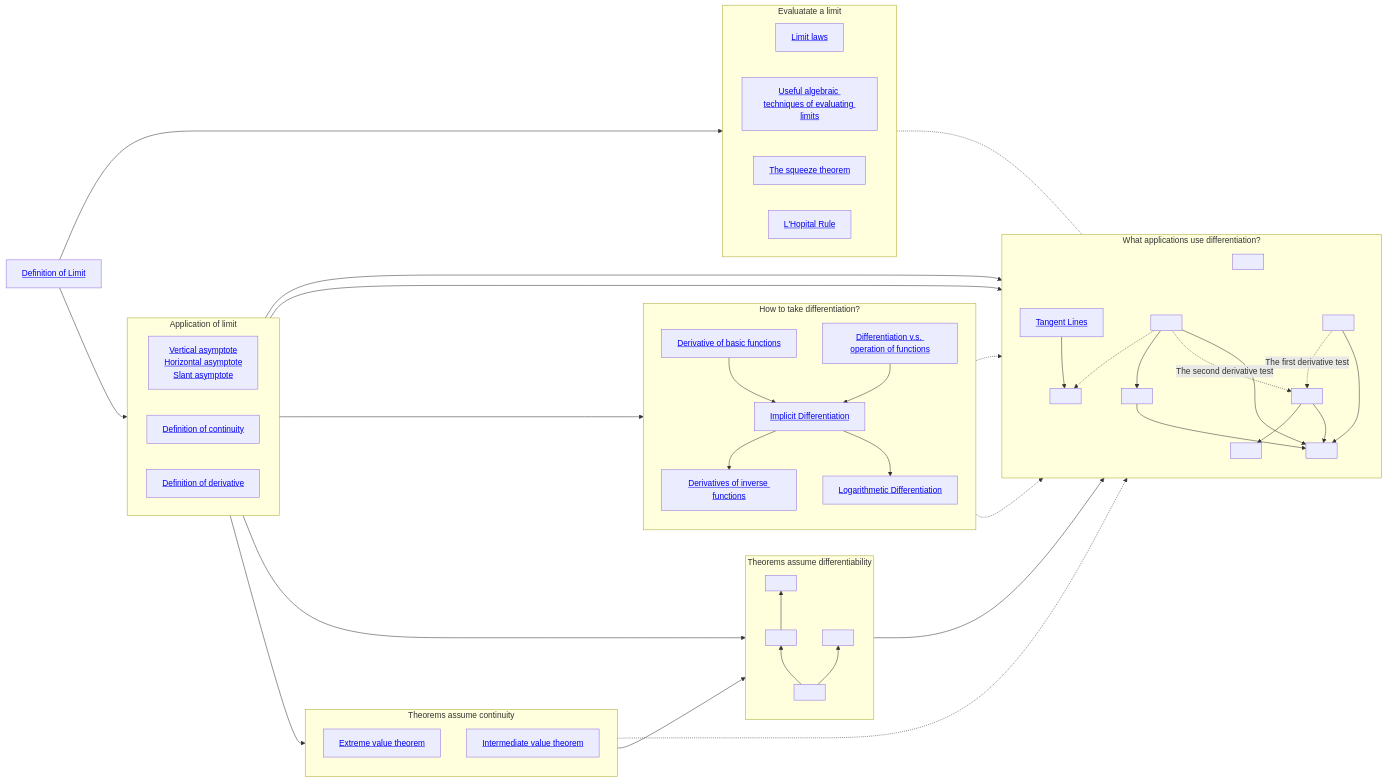
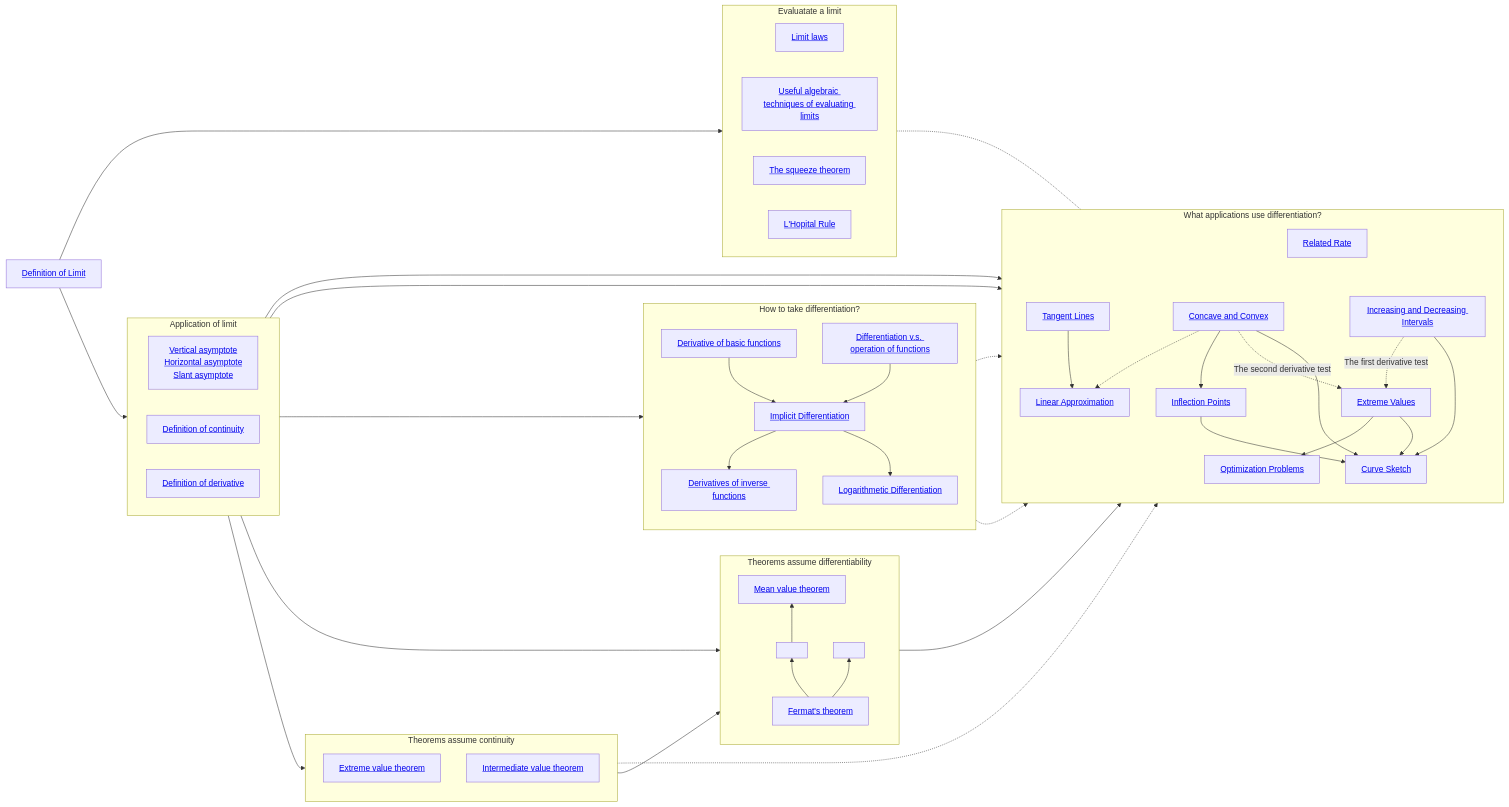
The diagram in _posts/2023-10-19-Calculus-1-overview.md (junwenwaynepeng/junwenwaynepeng.github.io), drawn with Mermaid before and after one commit.

```diff
--- a/_posts/2023-10-19-Calculus-1-overview.md
+++ b/_posts/2023-10-19-Calculus-1-overview.md
@@ -29,19 +29,19 @@
     ImplicitDiff[<a href='../books/calculus/3-1-how-to-do-derivatives#implicit-differentiation'>Implicit Differentiation</a>];
     DiffInverse[<a href='../books/calculus/3-1-how-to-do-derivatives#derivatives-of-inverse-functions'>Derivatives of inverse functions</a>];
     LogDiff[<a href='../books/calculus/3-1-how-to-do-derivatives#logarithmetic-differentiation'>Logarithmetic Differentiation</a>];
-    Fermat[<a href='../books/calculus/3-2-theorems-assuming-differentiability#fermats-theorem>Fermat's theorem</a>];
+    Fermat[<a href='../books/calculus/3-2-theorems-assuming-differentiability#fermats-theorem'>Fermat's theorem</a>];
     Roll[<a href='../books/calculus/3-2-theorems-assuming-differentiability#rolls-theorem>Roll's theorem</a>];
-    MVT[<a href='../books/calculus/3-2-theorems-assuming-differentiability#the-mean-value-theorem>Mean value theorem</a>];
+    MVT[<a href='../books/calculus/3-2-theorems-assuming-differentiability#the-mean-value-theorem'>Mean value theorem</a>];
     CriticalPt[<a href='../books/calculus/3-2-theorems-assuming-differentiability#critical-points>Critical points</a>];
     TangentLine[<a href='../books/calculus/3-3-application-of-differentiation#tangent-lines'>Tangent Lines</a>];
-    LinearApprox[<a href='../books/calculus/3-3-application-of-differentiation#linear-approximation>Linear Approximation</a>];
-    RelatedRate[<a href='../books/calculus/3-3-application-of-differentiation#related-rate>Related Rate</a>];
-    CurveSketch[<a href='../books/calculus/3-3-application-of-differentiation#curve-sketch>Curve Sketch</a>];
-    ExtremeValue[<a href='../books/calculus/3-3-application-of-differentiation#extreme-values>Extreme Values</a>];
-    InflectionPt[<a href='../books/calculus/3-3-application-of-differentiation#inflection-points>Inflection Points</a>];
-    Increasing[<a href='../books/calculus/3-3-application-of-differentiation#increasing-and-decreasing-intervals>Increasing and Decreasing Intervals</a>];
-    Concavity[<a href='../books/calculus/3-3-application-of-differentiation#concavity>Concave and Convex</a>];
-    OptimizationProblem[<a href='../books/calculus/3-3-application-of-differentiation#optimization-problem>Optimization Problem</a>];
+    LinearApprox[<a href='../books/calculus/3-3-application-of-differentiation#linear-approximation'>Linear Approximation</a>];
+    RelatedRate[<a href='../books/calculus/3-3-application-of-differentiation#related-rate'>Related Rate</a>];
+    CurveSketch[<a href='../books/calculus/3-3-application-of-differentiation#curve-sketch'>Curve Sketch</a>];
+    ExtremeValue[<a href='../books/calculus/3-3-application-of-differentiation#extreme-values'>Extreme Values</a>];
+    InflectionPt[<a href='../books/calculus/3-3-application-of-differentiation#inflection-points'>Inflection Points</a>];
+    Increasing[<a href='../books/calculus/3-3-application-of-differentiation#increasing-and-decreasing-intervals'>Increasing and Decreasing Intervals</a>];
+    Concavity[<a href='../books/calculus/3-3-application-of-differentiation#concavity'>Concave and Convex</a>];
+    OptimizationProblem[<a href='../books/calculus/3-3-application-of-differentiation#optimization-problems'>Optimization Problems</a>];
     subgraph LimitApplication [Application of limit];
       direction LR;
       Asymptote;
```
